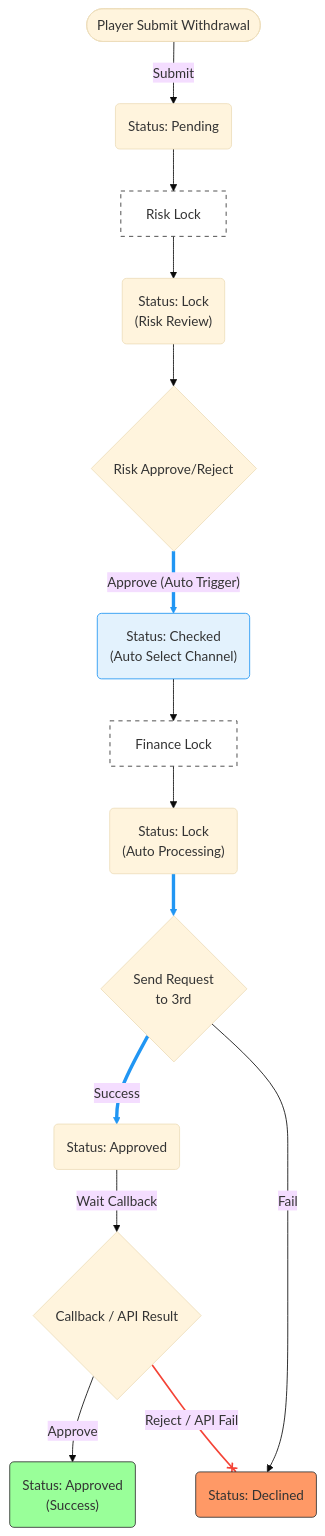
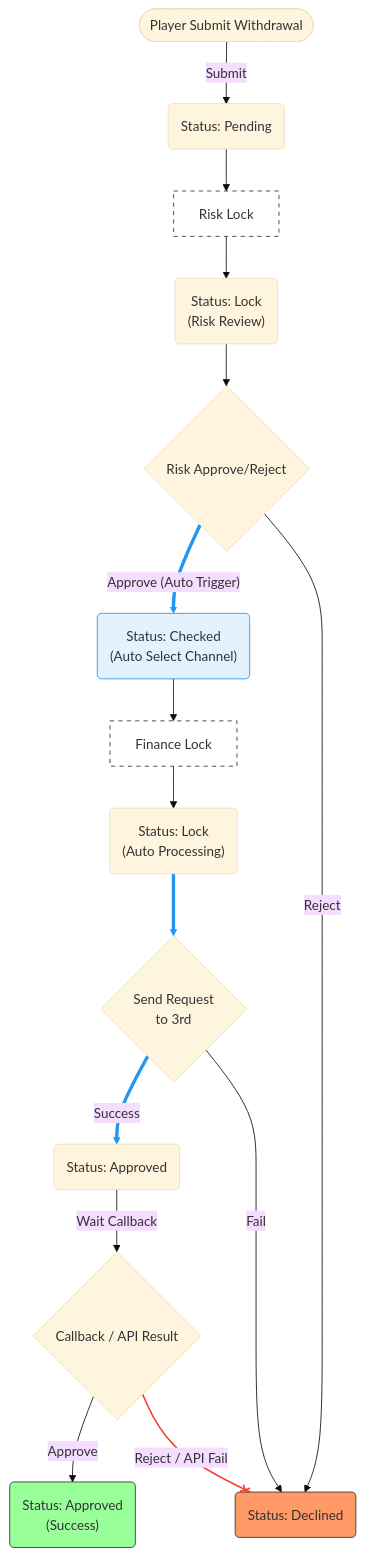
One commit to almightyken0425/SuSuGiGiSpec changed the second of 2 diagrams in no99_archive/sitflowchart.md. Above: the diagram before and after it, drawn with Mermaid (base theme). The commit also changed other lines of this file, not shown here.

````diff
--- a/no99_archive/sitflowchart.md
+++ b/no99_archive/sitflowchart.md
@@ -89,74 +93,78 @@
 ```mermaid
 graph TD
     %% 節點定義
     StartAuto(["Player Submit Withdrawal"])
     PendingAuto("Status: Pending")
     
     RiskLockActionBoxAuto["Risk Lock"]
     RiskLockAuto("Status: Lock<br/>(Risk Review)")
     
     RiskActionAuto{"Risk Approve/Reject"}
     ApproveAuto("Status: Checked<br/>(Auto Select Channel)")
     
     FinanceLockActionBoxAuto["Finance Lock"]
     FinanceLockAuto("Status: Lock<br/>(Auto Processing)")
     
     RequestActionAuto{"Send Request<br/>to 3rd"}
     FinanceApprovedAuto("Status: Approved")
 
     DeclineAuto("Status: Declined")
     SuccessAuto("Status: Approved<br/>(Success)")
     CallbackAuto{"Callback / API Result"}
 
     StartAuto -->|"Submit"| PendingAuto
     
     PendingAuto --> RiskLockActionBoxAuto
     RiskLockActionBoxAuto --> RiskLockAuto
     
     RiskLockAuto --> RiskActionAuto
     
     %% 高亮自動化路徑
     RiskActionAuto ==>|"Approve (Auto Trigger)"| ApproveAuto
     
     ApproveAuto --> FinanceLockActionBoxAuto
     FinanceLockActionBoxAuto --> FinanceLockAuto
     
     FinanceLockAuto ==> RequestActionAuto
     
     RequestActionAuto ==>|"Success"| FinanceApprovedAuto
     RequestActionAuto -->|"Fail"| DeclineAuto
     
     FinanceApprovedAuto -->|"Wait Callback"| CallbackAuto
 
     CallbackAuto -->|"Approve"| SuccessAuto
     
     %% 高亮報廢路徑
     CallbackAuto --x|"Reject / API Fail"| DeclineAuto
 
+    %% 補回 Risk 拒絕路徑 (若遺失)
+    RiskActionAuto -->|"Reject"| DeclineAuto
+
     %% 樣式與連結美化
     %% linkStyle 索引 (基於連接線出現順序):
     %% 0: StartAuto -> PendingAuto
     %% 1: PendingAuto -> RiskLockActionBoxAuto
     %% 2: RiskLockActionBoxAuto -> RiskLockAuto
     %% 3: RiskLockAuto -> RiskActionAuto
     %% 4: RiskActionAuto ==> ApproveAuto
     %% 5: ApproveAuto --> FinanceLockActionBoxAuto
     %% 6: FinanceLockActionBoxAuto --> FinanceLockAuto
     %% 7: FinanceLockAuto ==> RequestActionAuto
     %% 8: RequestActionAuto ==> FinanceApprovedAuto
     %% 9: RequestActionAuto --> DeclineAuto
     %% 10: FinanceApprovedAuto --> CallbackAuto
     %% 11: CallbackAuto --> SuccessAuto
     %% 12: CallbackAuto --x DeclineAuto
+    %% 13: RiskActionAuto --> DeclineAuto (New)
 
     linkStyle 4 stroke:#2196f3,stroke-width:4px;
     linkStyle 7 stroke:#2196f3,stroke-width:4px;
     linkStyle 8 stroke:#2196f3,stroke-width:4px;
     linkStyle 12 stroke:#f44336,stroke-width:2px;
 
     style DeclineAuto fill:#f96,stroke:#333
     style SuccessAuto fill:#9f9,stroke:#333
     style ApproveAuto fill:#e3f2fd,stroke:#2196f3
     style RiskLockActionBoxAuto fill:#fff,stroke:#333,stroke-dasharray: 5 5
     style FinanceLockActionBoxAuto fill:#fff,stroke:#333,stroke-dasharray: 5 5
 ```
````
